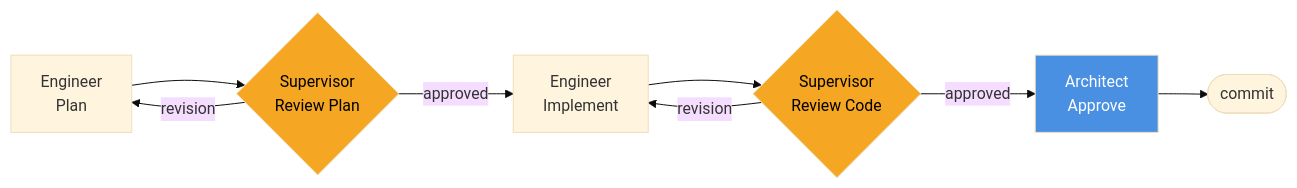
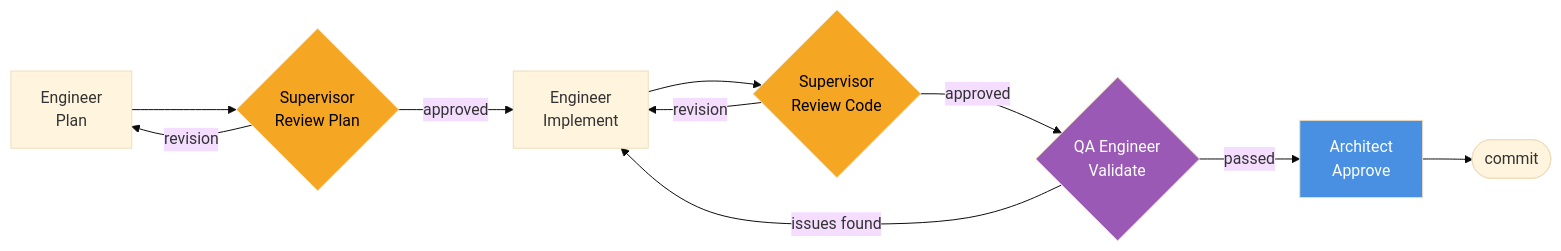
Before and after one commit to Entelligentsia/forge: the second of 2 diagrams in README.md, drawn with Mermaid (base theme). The commit also changed other lines of this file and 30 other files, not shown here.

````diff
--- a/README.md
+++ b/README.md
@@ -219,14 +232,17 @@
 ```mermaid
 flowchart LR
     P["Engineer<br/>Plan"] --> RP{"Supervisor<br/>Review Plan"}
     RP -->|revision| P
     RP -->|approved| I["Engineer<br/>Implement"]
     I --> RC{"Supervisor<br/>Review Code"}
     RC -->|revision| I
-    RC -->|approved| AP["Architect<br/>Approve"]
+    RC -->|approved| V{"QA Engineer<br/>Validate"}
+    V -->|issues found| I
+    V -->|passed| AP["Architect<br/>Approve"]
     AP --> CM([commit])
 
     style RP fill:#f5a623,color:#000
     style RC fill:#f5a623,color:#000
+    style V fill:#9b59b6,color:#fff
     style AP fill:#4a90e2,color:#fff
 ```
````
